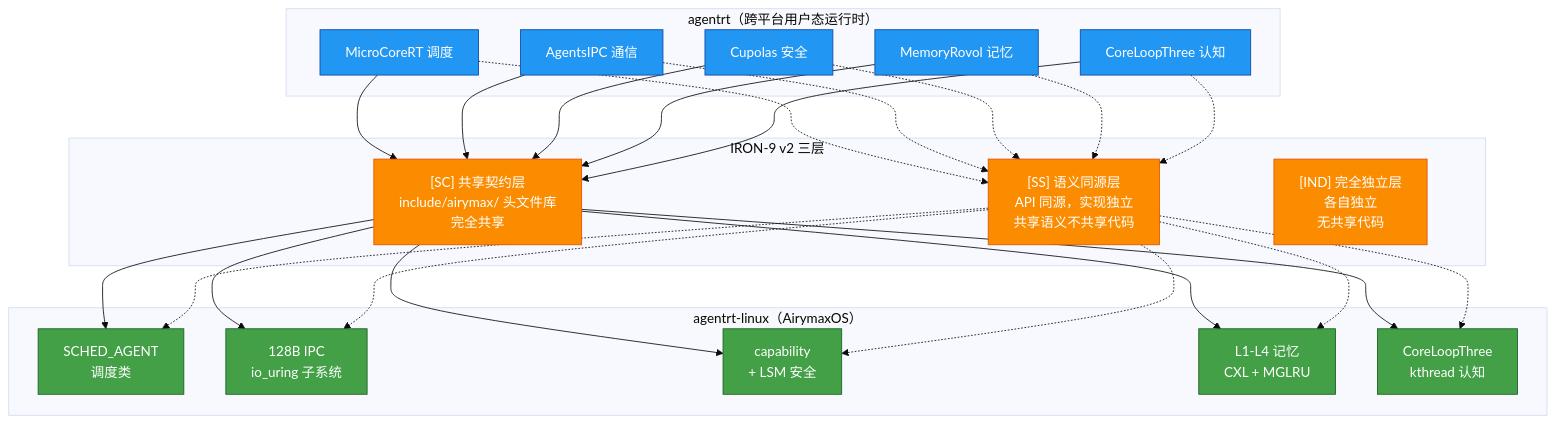
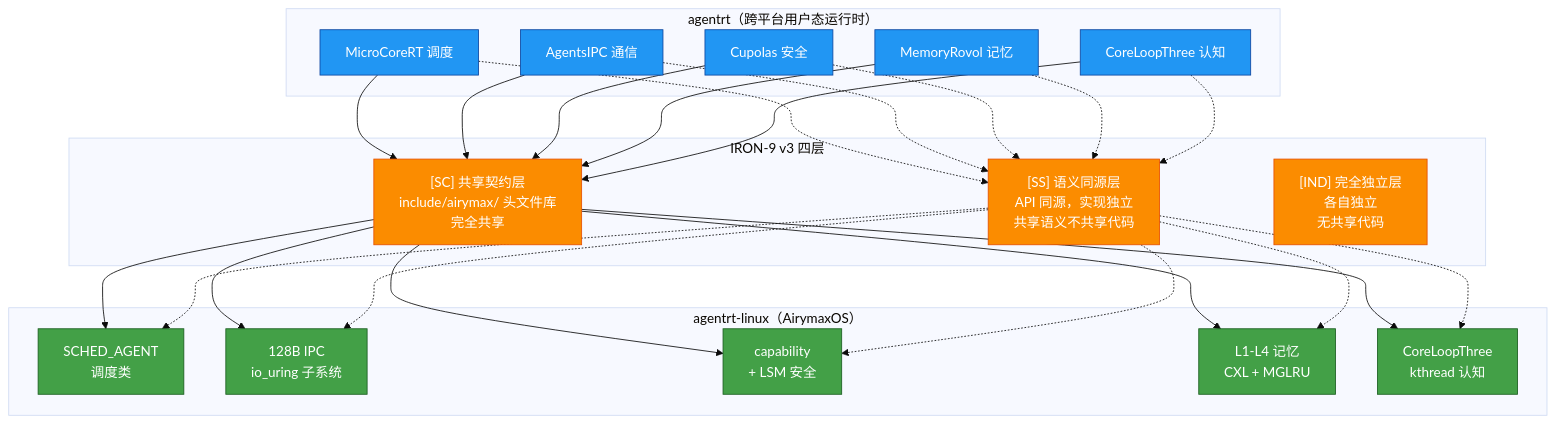
Before and after one commit to openairymax/docs-linux: the second of 3 diagrams in 50-engineering-standards/40-integration/README.md, drawn with Mermaid (base theme). The commit also changed other lines of this file and 181 other files, not shown here.

````diff
--- a/50-engineering-standards/40-integration/README.md
+++ b/50-engineering-standards/40-integration/README.md
@@ -117,55 +117,55 @@
 ```mermaid
 graph TD
     subgraph "agentrt（跨平台用户态运行时）"
         RT1[MicroCoreRT 调度]
         RT2[AgentsIPC 通信]
         RT3[Cupolas 安全]
         RT4[MemoryRovol 记忆]
         RT5[CoreLoopThree 认知]
     end
 
-    subgraph "IRON-9 v2 三层"
+    subgraph "IRON-9 v3 四层"
         SC["[SC] 共享契约层<br/>include/airymax/ 头文件库<br/>完全共享"]
         SS["[SS] 语义同源层<br/>API 同源，实现独立<br/>共享语义不共享代码"]
         IND["[IND] 完全独立层<br/>各自独立<br/>无共享代码"]
     end
 
     subgraph "agentrt-linux（AirymaxOS）"
         OS1["SCHED_AGENT<br/>调度类"]
         OS2["128B IPC<br/>io_uring 子系统"]
         OS3["capability<br/>+ LSM 安全"]
         OS4["L1-L4 记忆<br/>CXL + MGLRU"]
         OS5["CoreLoopThree<br/>kthread 认知"]
     end
 
     RT1 --> SC
     RT2 --> SC
     RT3 --> SC
     RT4 --> SC
     RT5 --> SC
 
     SC --> OS1
     SC --> OS2
     SC --> OS3
     SC --> OS4
     SC --> OS5
 
     RT1 -.-> SS
     SS -.-> OS1
     RT2 -.-> SS
     SS -.-> OS2
     RT3 -.-> SS
     SS -.-> OS3
     RT4 -.-> SS
     SS -.-> OS4
     RT5 -.-> SS
     SS -.-> OS5
 
     classDef rt fill:#2196f3,stroke:#0d47a1,color:#ffffff
     classDef iron fill:#fb8c00,stroke:#e65100,color:#ffffff
     classDef os fill:#43a047,stroke:#1b5e20,color:#ffffff
 
     class RT1,RT2,RT3,RT4,RT5 rt
     class SC,SS,IND iron
     class OS1,OS2,OS3,OS4,OS5 os
 ```
````
